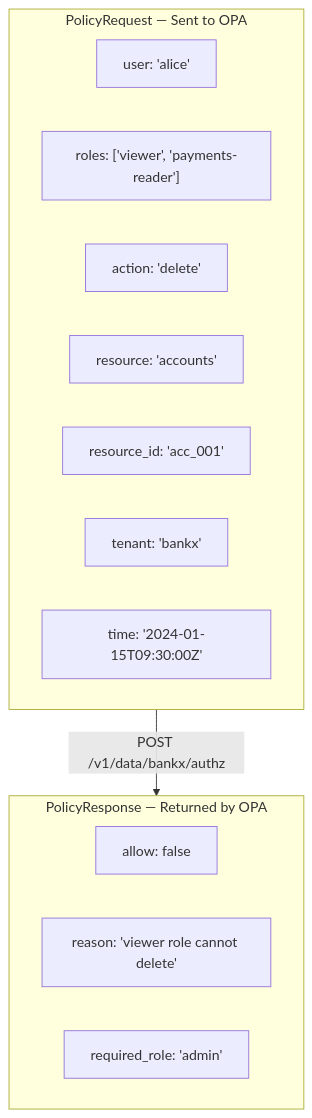
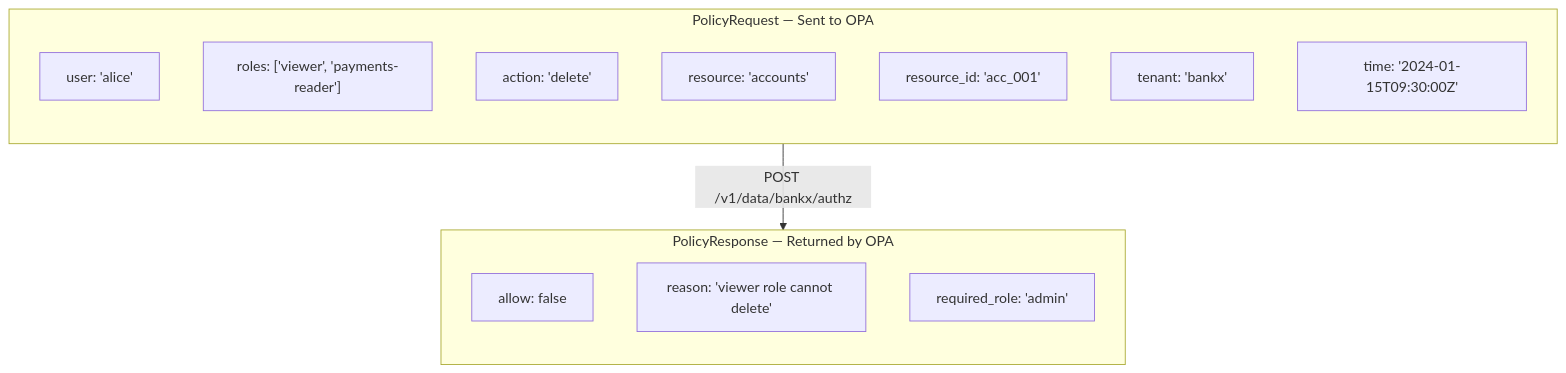
The eighth of 8 diagrams in internal/fundamentals/security-and-observability/02-policy-as-code.md (romangurevitch/GoTraining), drawn with Mermaid before and after one commit. The commit also changed other lines of this file and 20 other files, not shown here.

````diff
--- a/internal/fundamentals/security-and-observability/02-policy-as-code.md
+++ b/internal/fundamentals/security-and-observability/02-policy-as-code.md
@@ -191,20 +193,22 @@
 ```mermaid
-graph TB
+graph TD
     subgraph Input["PolicyRequest — Sent to OPA"]
+        direction TB
         I1["user: 'alice'"]
         I2["roles: ['viewer', 'payments-reader']"]
         I3["action: 'delete'"]
         I4["resource: 'accounts'"]
         I5["resource_id: 'acc_001'"]
         I6["tenant: 'bankx'"]
         I7["time: '2024-01-15T09:30:00Z'"]
     end
 
+    Input -->|"POST /v1/data/bankx/authz"| Output
+
     subgraph Output["PolicyResponse — Returned by OPA"]
+        direction TB
         O1["allow: false"]
         O2["reason: 'viewer role cannot delete'"]
         O3["required_role: 'admin'"]
     end
-
-    Input -->|"POST /v1/data/bankx/authz"| Output
 ```
````
